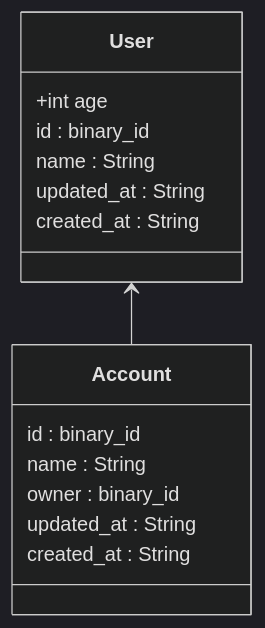
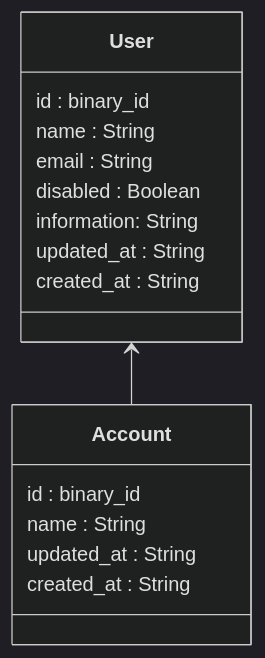
Before and after one commit to mmatokovic/misli-api: the diagram in README.md, drawn with Mermaid (dark theme). The commit also changed other lines of this file and 21 other files, not shown here.

````diff
--- a/README.md
+++ b/README.md
@@ -4,18 +4,19 @@
 ```mermaid
 classDiagram
     User <-- Account
-    User : +int age
     class Account{
         id : binary_id
         name : String
-        owner : binary_id
         updated_at : String
         created_at : String
     }
     class User{
         id : binary_id
         name : String
+        email : String
+        disabled : Boolean
+        information: String
         updated_at : String
         created_at : String
     }
 ```
````
